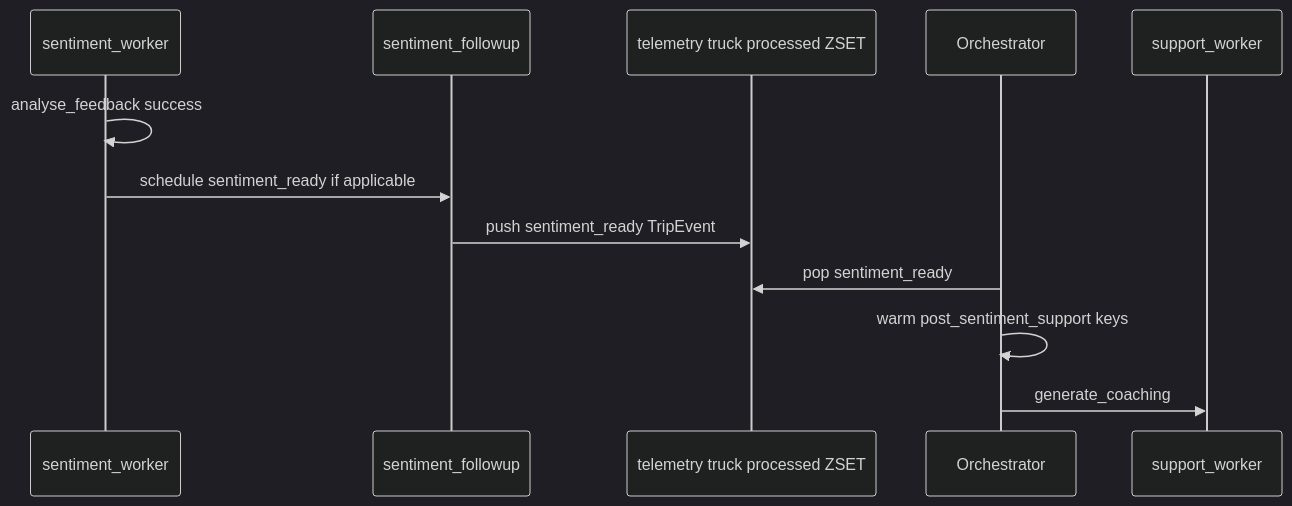
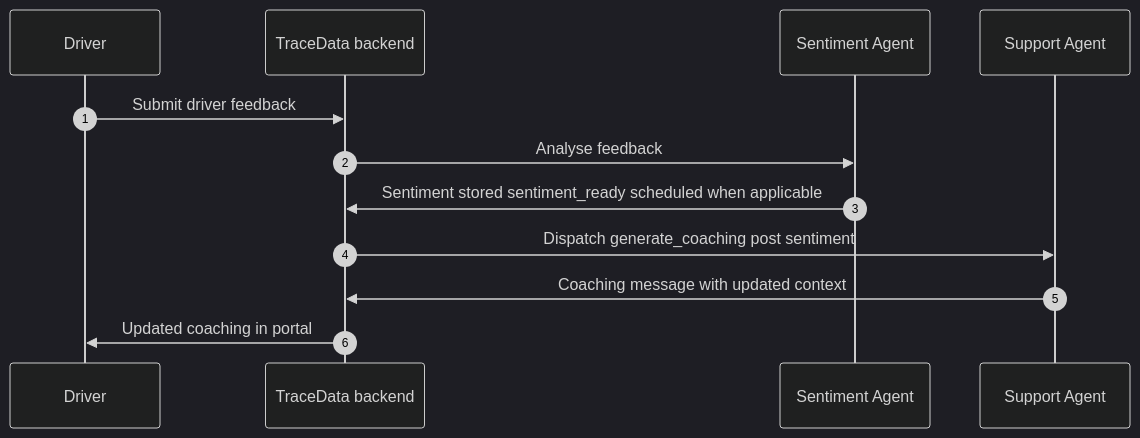
One commit to tracedata-ai/tracedata-ai-monorepo changed the third of 4 diagrams in docs/03-agents/34_support_agent.md. Above: the diagram before and after it, drawn with Mermaid (dark theme). The commit also changed other lines of this file, not shown here.

Commit message:
TDATA-91-DOCS(support): README updated

````diff
--- a/docs/03-agents/34_support_agent.md
+++ b/docs/03-agents/34_support_agent.md
@@ -133,15 +102,15 @@
 ```mermaid
 sequenceDiagram
-  participant SEN as sentiment_worker
-  participant FU as sentiment_followup
-  participant Z as telemetry truck processed ZSET
-  participant O as Orchestrator
-  participant SUP as support_worker
+  autonumber
+  participant Driver as Driver
+  participant Sys as TraceData backend
+  participant Sen as Sentiment Agent
+  participant Sup as Support Agent
 
-  SEN->>SEN: analyse_feedback success
-  SEN->>FU: schedule sentiment_ready if applicable
-  FU->>Z: push sentiment_ready TripEvent
-  O->>Z: pop sentiment_ready
-  O->>O: warm post_sentiment_support keys
-  O->>SUP: generate_coaching
+  Driver->>Sys: Submit driver feedback
+  Sys->>Sen: Analyse feedback
+  Sen->>Sys: Sentiment stored sentiment_ready scheduled when applicable
+  Sys->>Sup: Dispatch generate_coaching post sentiment
+  Sup->>Sys: Coaching message with updated context
+  Sys->>Driver: Updated coaching in portal
 ```
````
